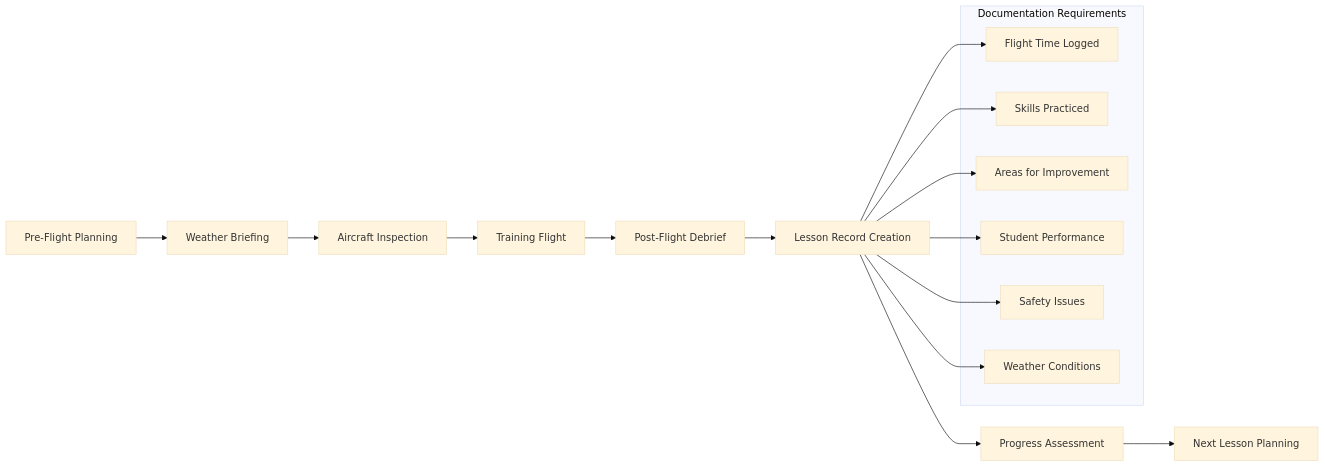
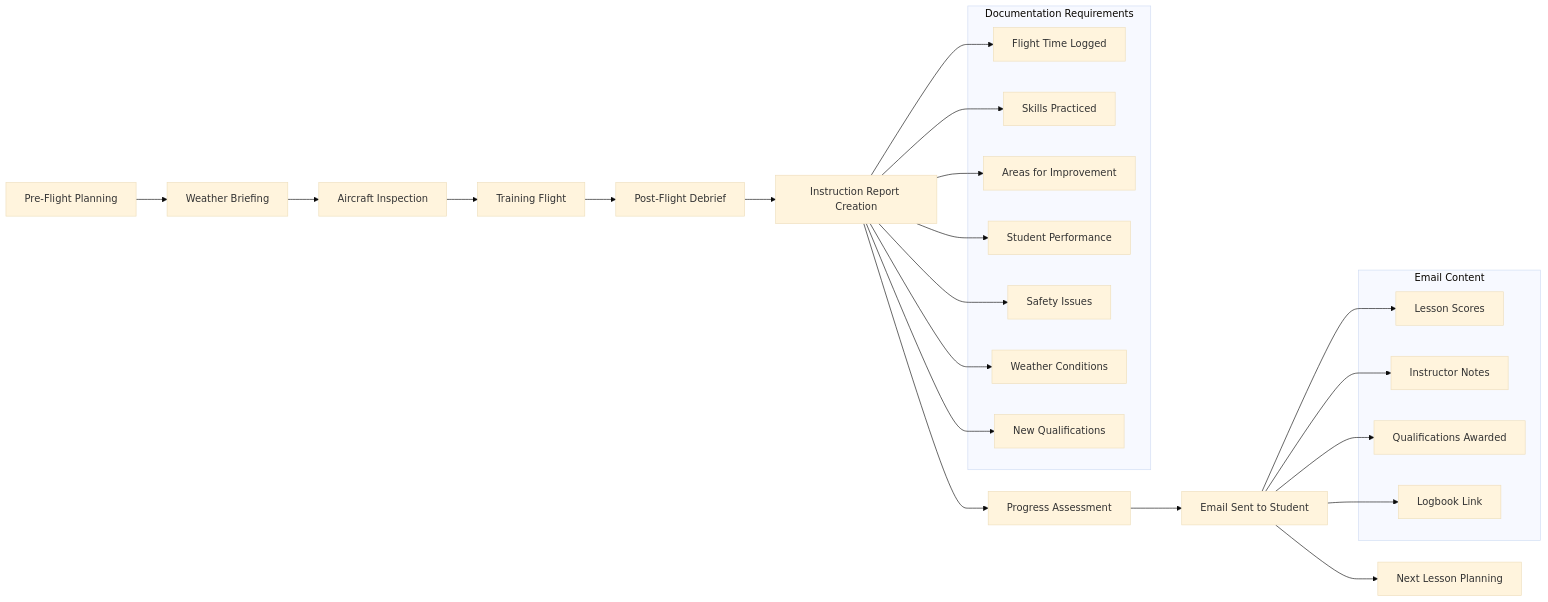
One commit to pietbarber/Manage2Soar changed the seventh of 9 diagrams in docs/workflows/03-instruction-workflow.md. Above: the diagram before and after it, drawn with Mermaid (base theme). The commit also changed other lines of this file and 1 other file, not shown here.

Commit message:
update instruction workflow document

````diff
--- a/docs/workflows/03-instruction-workflow.md
+++ b/docs/workflows/03-instruction-workflow.md
@@ -292,27 +314,42 @@
 ```mermaid
 flowchart LR
     A[Pre-Flight Planning] --> B[Weather Briefing]
     B --> C[Aircraft Inspection]
     C --> D[Training Flight]
     D --> E[Post-Flight Debrief]
 
-    E --> F[Lesson Record Creation]
+    E --> F[Instruction Report Creation]
     F --> G[Progress Assessment]
-    G --> H[Next Lesson Planning]
+    G --> H[Email Sent to Student]
+    H --> I[Next Lesson Planning]
 
     subgraph "Documentation Requirements"
-        I[Flight Time Logged]
-        J[Skills Practiced]
-        K[Areas for Improvement]
-        L[Student Performance]
-        M[Safety Issues]
-        N[Weather Conditions]
+        J[Flight Time Logged]
+        K[Skills Practiced]
+        L[Areas for Improvement]
+        M[Student Performance]
+        N[Safety Issues]
+        O[Weather Conditions]
+        P[New Qualifications]
     end
 
-    F --> I
     F --> J
     F --> K
     F --> L
     F --> M
     F --> N
+    F --> O
+    F --> P
+
+    subgraph "Email Content"
+        Q[Lesson Scores]
+        R[Instructor Notes]
+        S[Qualifications Awarded]
+        T[Logbook Link]
+    end
+
+    H --> Q
+    H --> R
+    H --> S
+    H --> T
 ```
````
